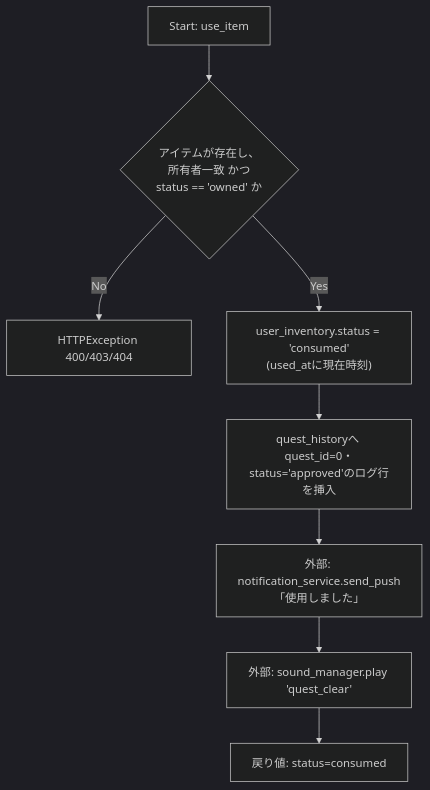
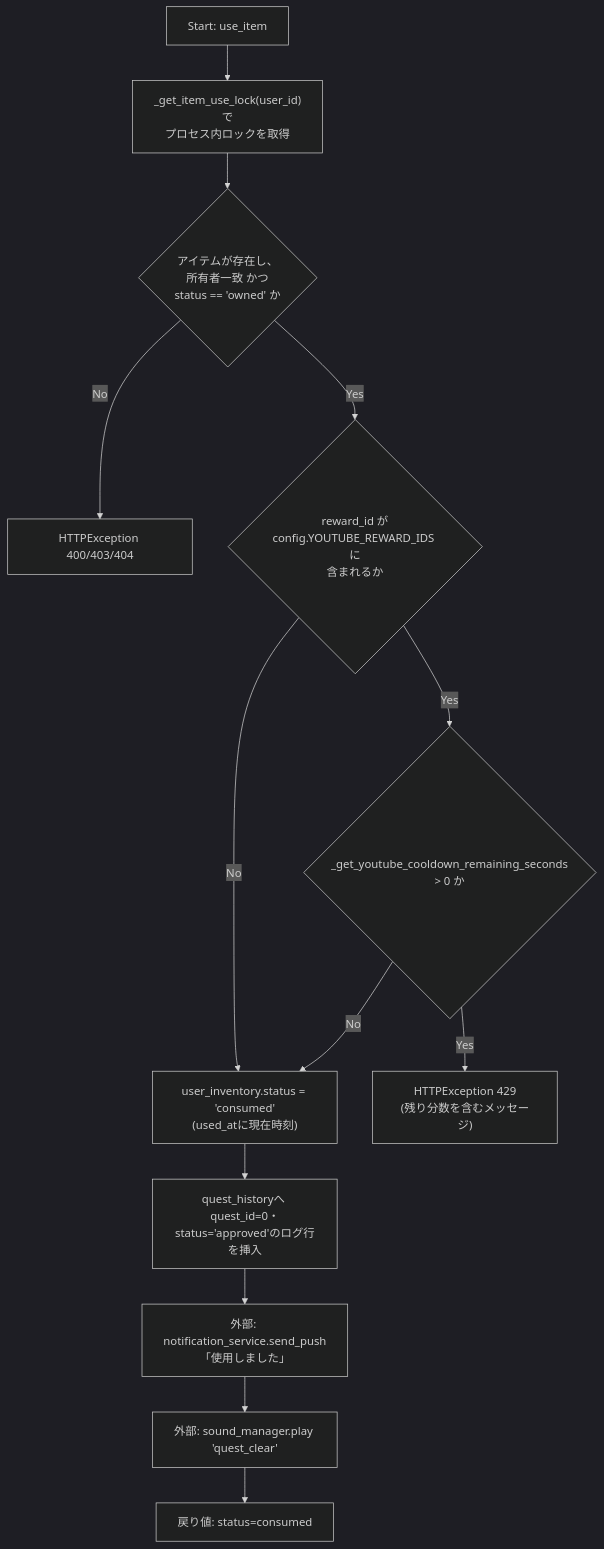
Before and after one commit to mmtigers/my_python_project: the fourth of 5 diagrams in docs/specifications/MY_HOME_SYSTEM/quest_service.md, drawn with Mermaid (dark theme). The commit also changed other lines of this file and 5 other files, not shown here.

````diff
--- a/docs/specifications/MY_HOME_SYSTEM/quest_service.md
+++ b/docs/specifications/MY_HOME_SYSTEM/quest_service.md
@@ -731,10 +761,15 @@
 ```mermaid
 flowchart TD
-    UStart[Start: use_item] --> UCheck{"アイテムが存在し、<br>所有者一致 かつ<br>status == 'owned' か"}
+    UStart[Start: use_item] --> ULock["_get_item_use_lock(user_id)で<br>プロセス内ロックを取得"]
+    ULock --> UCheck{"アイテムが存在し、<br>所有者一致 かつ<br>status == 'owned' か"}
     UCheck -- No --> UErr[HTTPException 400/403/404]
-    UCheck -- Yes --> USetConsumed["user_inventory.status = 'consumed'<br>(used_atに現在時刻)"]
+    UCheck -- Yes --> UYoutubeCheck{"reward_id が<br>config.YOUTUBE_REWARD_IDS に<br>含まれるか"}
+    UYoutubeCheck -- No --> USetConsumed
+    UYoutubeCheck -- Yes --> UCooldownCheck{"_get_youtube_cooldown_remaining_seconds<br>> 0 か"}
+    UCooldownCheck -- Yes --> UCooldownErr["HTTPException 429<br>(残り分数を含むメッセージ)"]
+    UCooldownCheck -- No --> USetConsumed["user_inventory.status = 'consumed'<br>(used_atに現在時刻)"]
     USetConsumed --> UInsertHistory["quest_historyへ quest_id=0・<br>status='approved'のログ行を挿入"]
     UInsertHistory --> UNotify["外部: notification_service.send_push<br>「使用しました」"]
     UNotify --> UPlaySound["外部: sound_manager.play 'quest_clear'"]
     UPlaySound --> UReturn["戻り値: status=consumed"]
 ```
````
